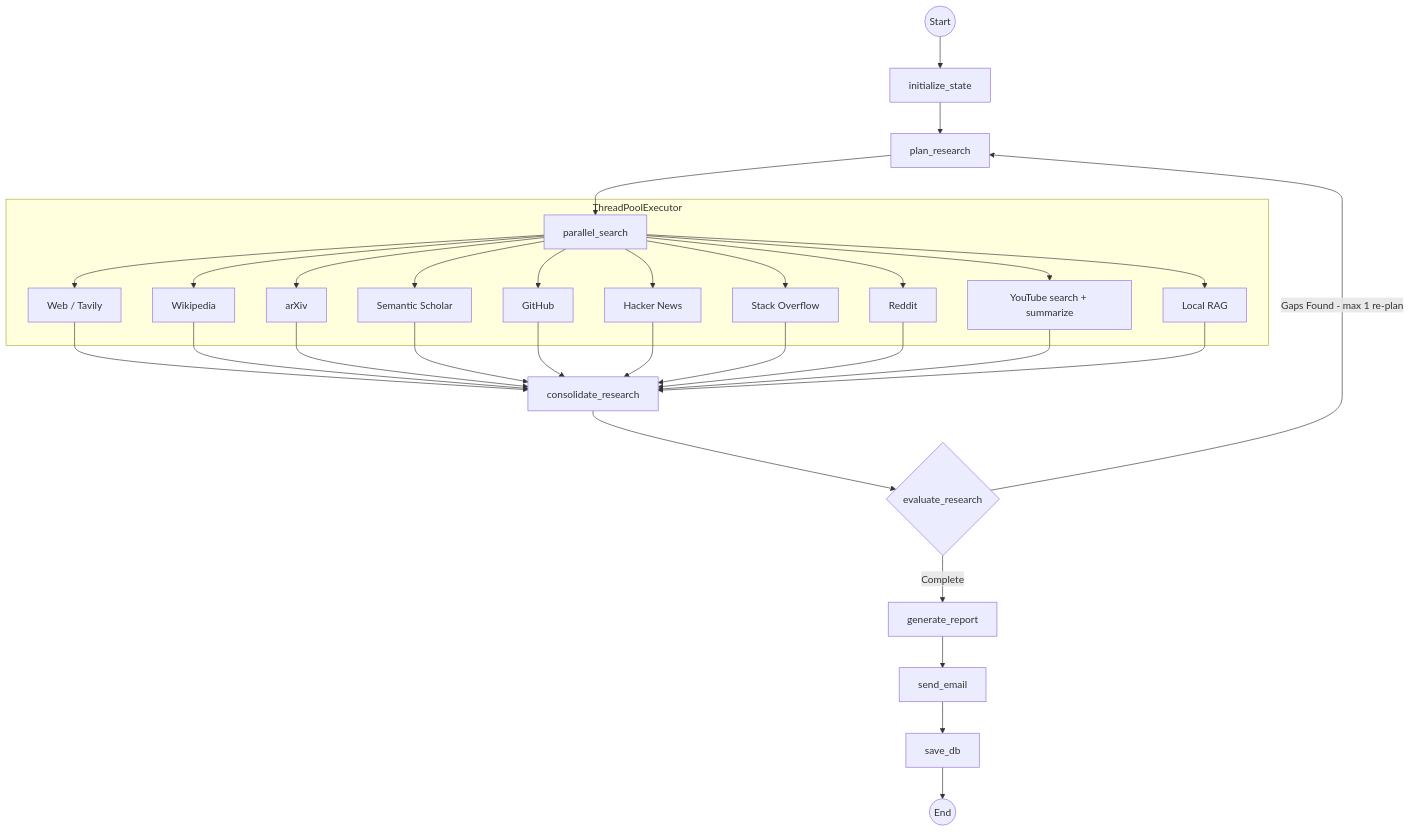
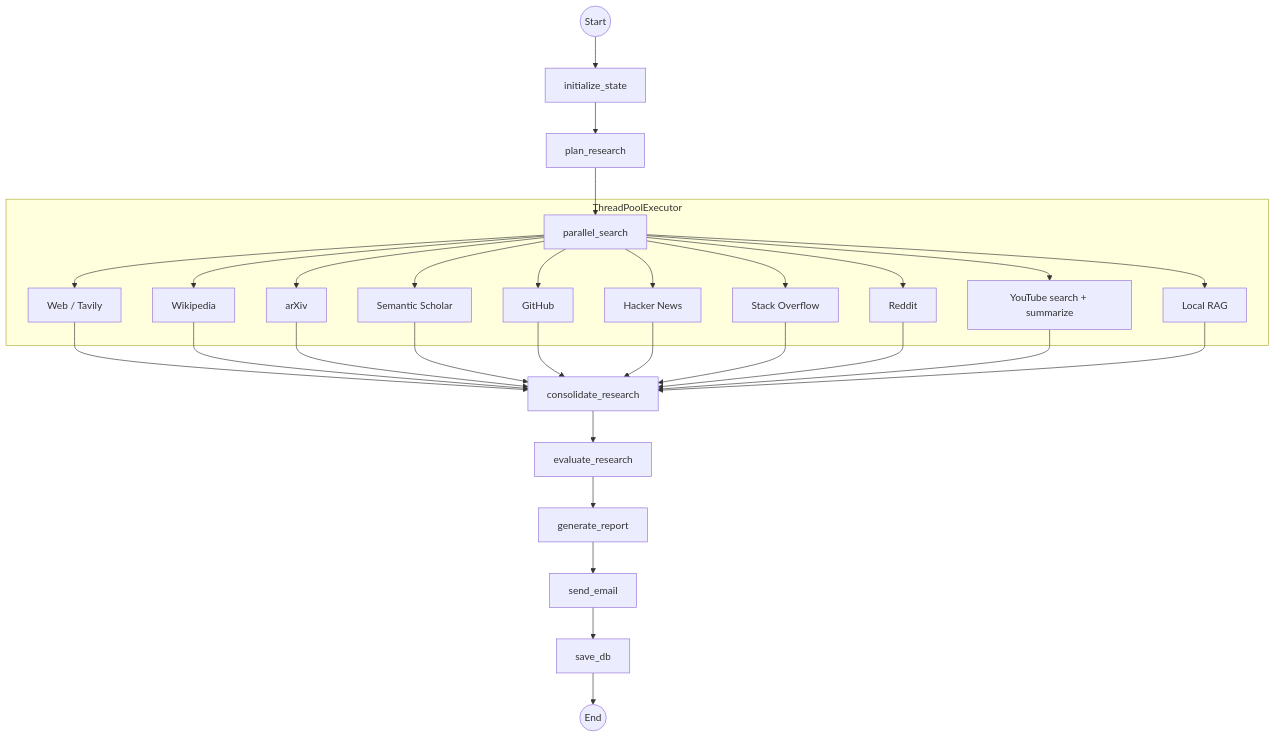
Before and after one commit to RobertoDeLaCamara/Research-Agent: the diagram in README.md, drawn with Mermaid. The commit also changed other lines of this file and 3 other files, not shown here.

````diff
--- a/README.md
+++ b/README.md
@@ -50,28 +50,26 @@
 ```mermaid
 graph TD
     Start((Start)) --> Init[initialize_state]
     Init --> Plan[plan_research]
     Plan --> Parallel[parallel_search]
 
     subgraph ThreadPoolExecutor
         Parallel --> Web[Web / Tavily]
         Parallel --> Wiki[Wikipedia]
         Parallel --> Arxiv[arXiv]
         Parallel --> Scholar[Semantic Scholar]
         Parallel --> GH[GitHub]
         Parallel --> HN[Hacker News]
         Parallel --> SO[Stack Overflow]
         Parallel --> Reddit[Reddit]
         Parallel --> YT[YouTube search + summarize]
         Parallel --> RAG[Local RAG]
     end
 
     Web & Wiki & Arxiv & Scholar & GH & HN & SO & Reddit & YT & RAG --> Synth[consolidate_research]
-    Synth --> Eval{evaluate_research}
-
-    Eval -->|Gaps Found - max 1 re-plan| Plan
-    Eval -->|Complete| Report[generate_report]
+    Synth --> Eval[evaluate_research]
+    Eval --> Report[generate_report]
     Report --> Email[send_email]
     Email --> DB[save_db]
     DB --> End((End))
 ```
````
